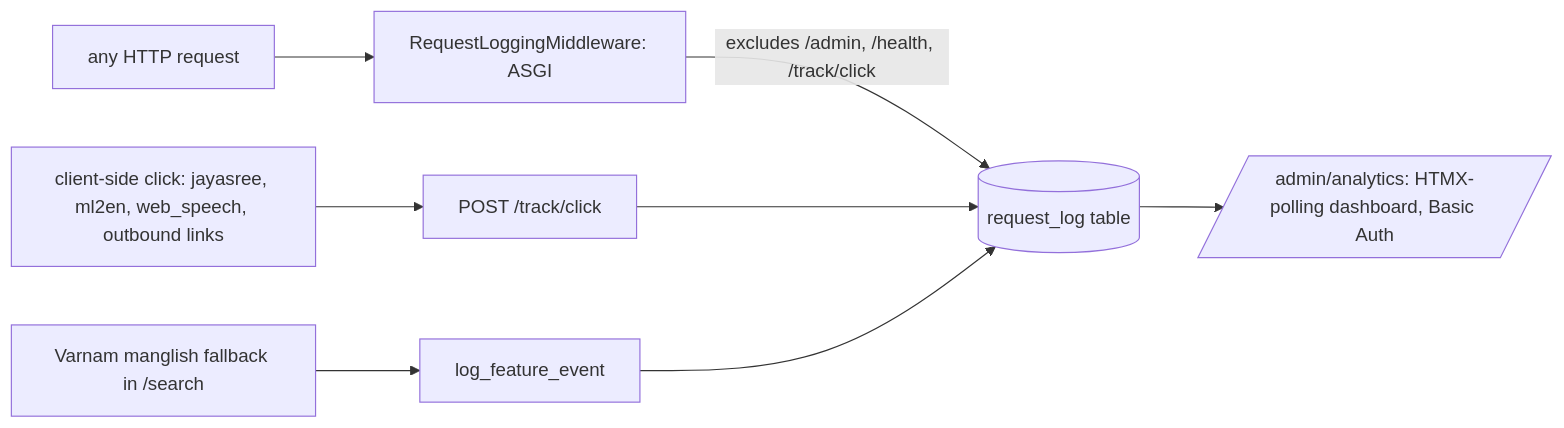
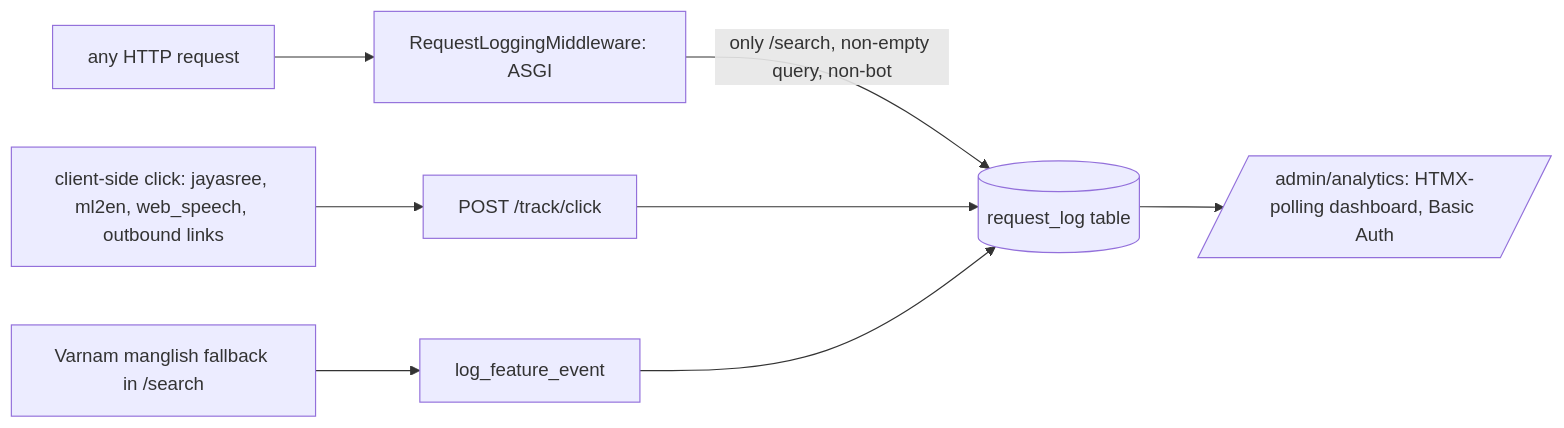
The fifth of 5 diagrams in docs/architecture.md (sachn1/linguaalayam), drawn with Mermaid before and after one commit. The commit also changed other lines of this file and 7 other files, not shown here.

````diff
--- a/docs/architecture.md
+++ b/docs/architecture.md
@@ -88,10 +98,10 @@
 ```mermaid
 flowchart LR
     REQ[any HTTP request] --> MW[RequestLoggingMiddleware: ASGI]
-    MW -- excludes /admin, /health, /track/click --> RL[(request_log table)]
+    MW -- only /search, non-empty query, non-bot --> RL[(request_log table)]
     CLICK[client-side click: jayasree, ml2en, web_speech, outbound links] --> TC[POST /track/click]
     TC --> RL
     VARNAM[Varnam manglish fallback in /search] --> FE[log_feature_event]
     FE --> RL
     RL --> AD[/admin/analytics: HTMX-polling dashboard, Basic Auth/]
 ```
````
